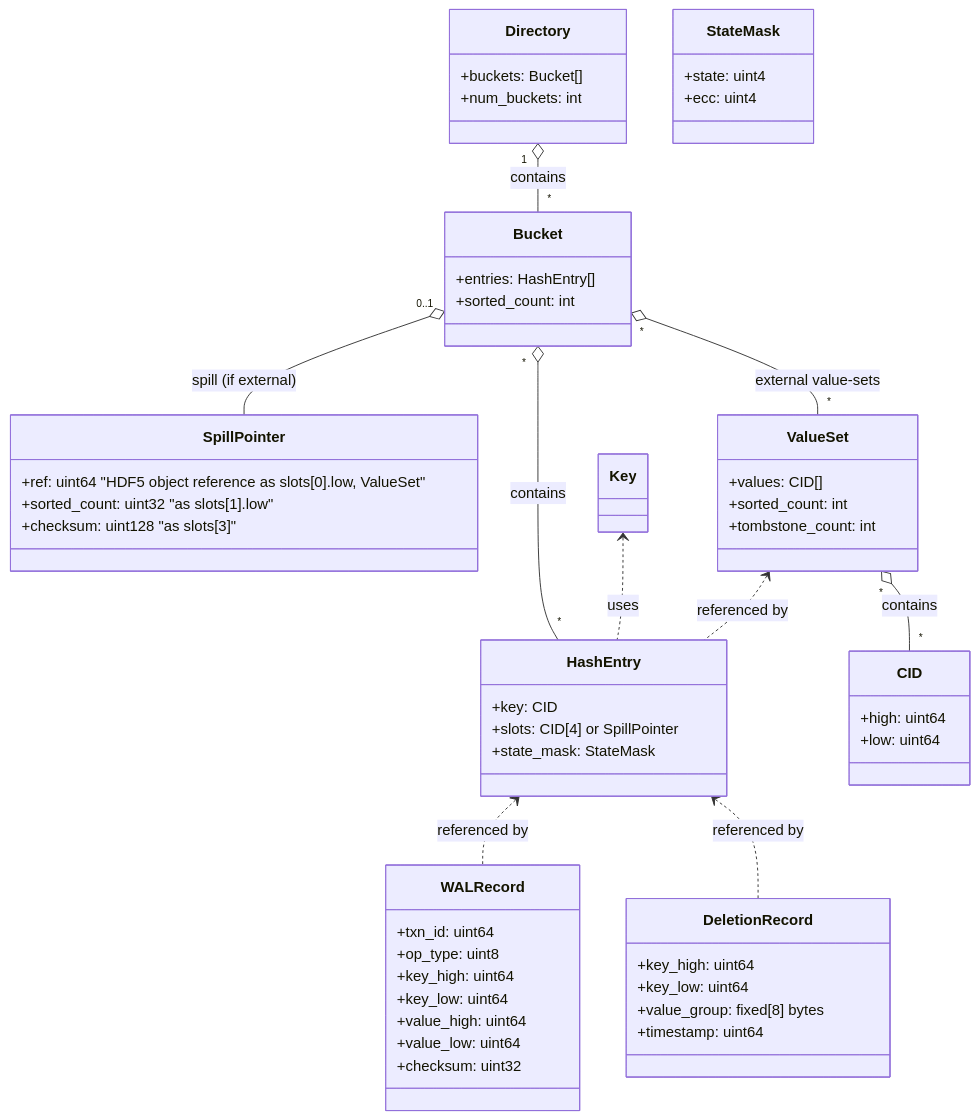
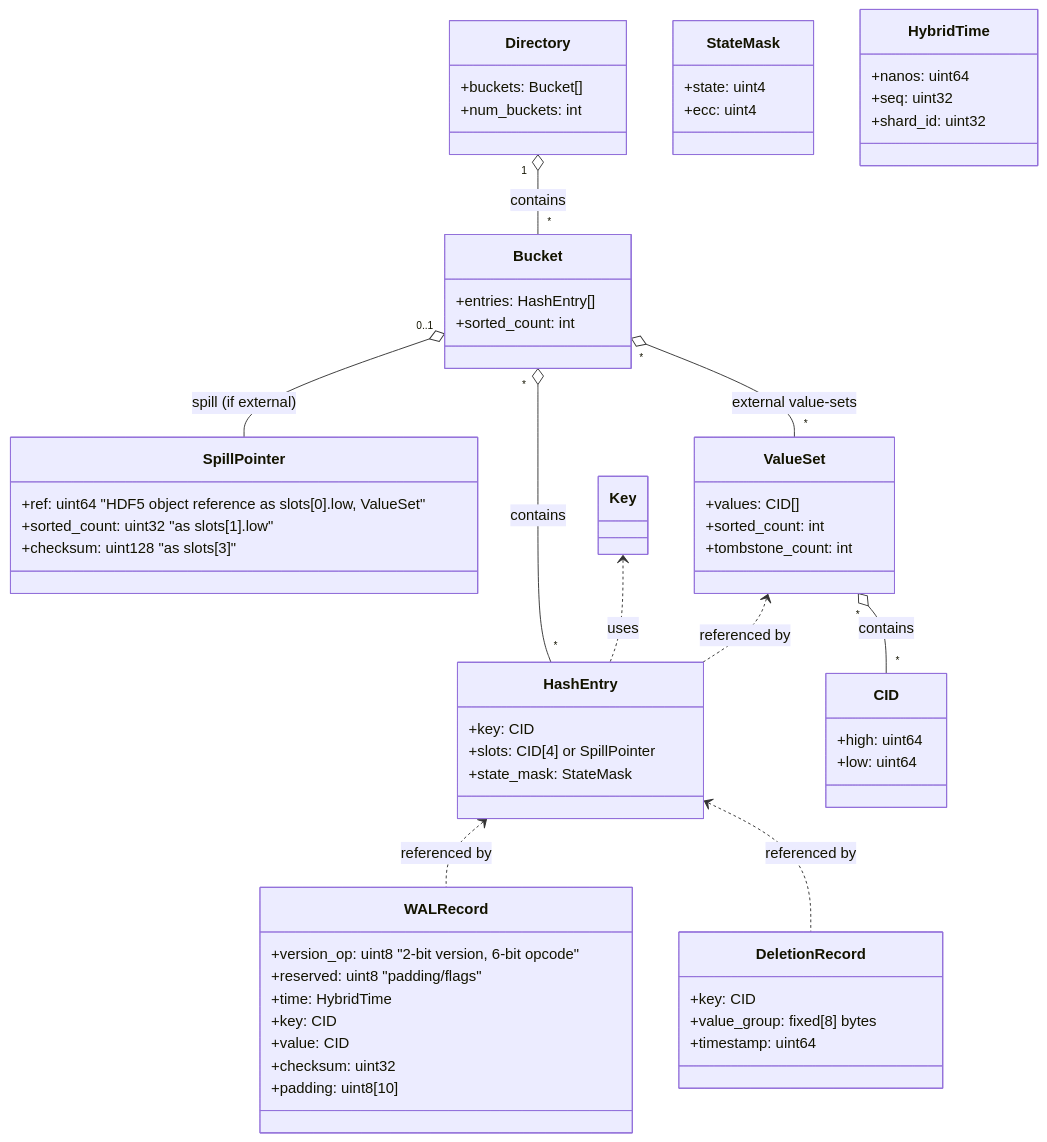
The diagram in docs/spec 2 - Data Types and Structure.md (amogorkon/cidstore), drawn with Mermaid before and after one commit. The commit also changed other lines of this file and 1 other file, not shown here.

Commit message:
docs: Update WAL documentation with high-performance design and adaptive maintenance details

````diff
--- a/docs/spec 2 - Data Types and Structure.md
+++ b/docs/spec 2 - Data Types and Structure.md
@@ -7,62 +7,66 @@
 ```mermaid
 classDiagram
     class Directory {
         +buckets: Bucket[]
         +num_buckets: int
     }
     class Bucket {
         +entries: HashEntry[]
         +sorted_count: int
     }
     class HashEntry {
         +key: CID
         +slots: CID[4] or SpillPointer
         +state_mask: StateMask
     }
     class StateMask {
         +state: uint4
         +ecc: uint4
     }
 
     class SpillPointer {
         +ref: uint64 "HDF5 object reference as slots[0].low, ValueSet"
         +sorted_count: uint32 "as slots[1].low"
         +checksum: uint128 "as slots[3]"
     }
 
     class ValueSet {
         +values: CID[]
         +sorted_count: int
         +tombstone_count: int
     }
 
     class CID {
         +high: uint64
         +low: uint64
     }
 
     class WALRecord {
-        +txn_id: uint64
-        +op_type: uint8
-        +key_high: uint64
-        +key_low: uint64
-        +value_high: uint64
-        +value_low: uint64
+        +version_op: uint8 "2-bit version, 6-bit opcode"
+        +reserved: uint8 "padding/flags"
+        +time: HybridTime
+        +key: CID
+        +value: CID
         +checksum: uint32
+        +padding: uint8[10]
+    }
+    class HybridTime {
+        +nanos: uint64
+        +seq: uint32
+        +shard_id: uint32
     }
     class DeletionRecord {
-        +key_high: uint64
-        +key_low: uint64
+        +key: CID
         +value_group: fixed[8] bytes
         +timestamp: uint64
     }
     Directory "1" o-- "*" Bucket : contains
     Bucket "*" o-- "*" HashEntry : contains
     Bucket "0..1" o-- SpillPointer : spill (if external)
     Bucket "*" o-- "*" ValueSet : external value-sets
     ValueSet "*" o-- "*" CID : contains
     Key <.. HashEntry : uses
     HashEntry <.. WALRecord : referenced by
     HashEntry <.. DeletionRecord : referenced by
     ValueSet <.. HashEntry : referenced by
 ```
````
